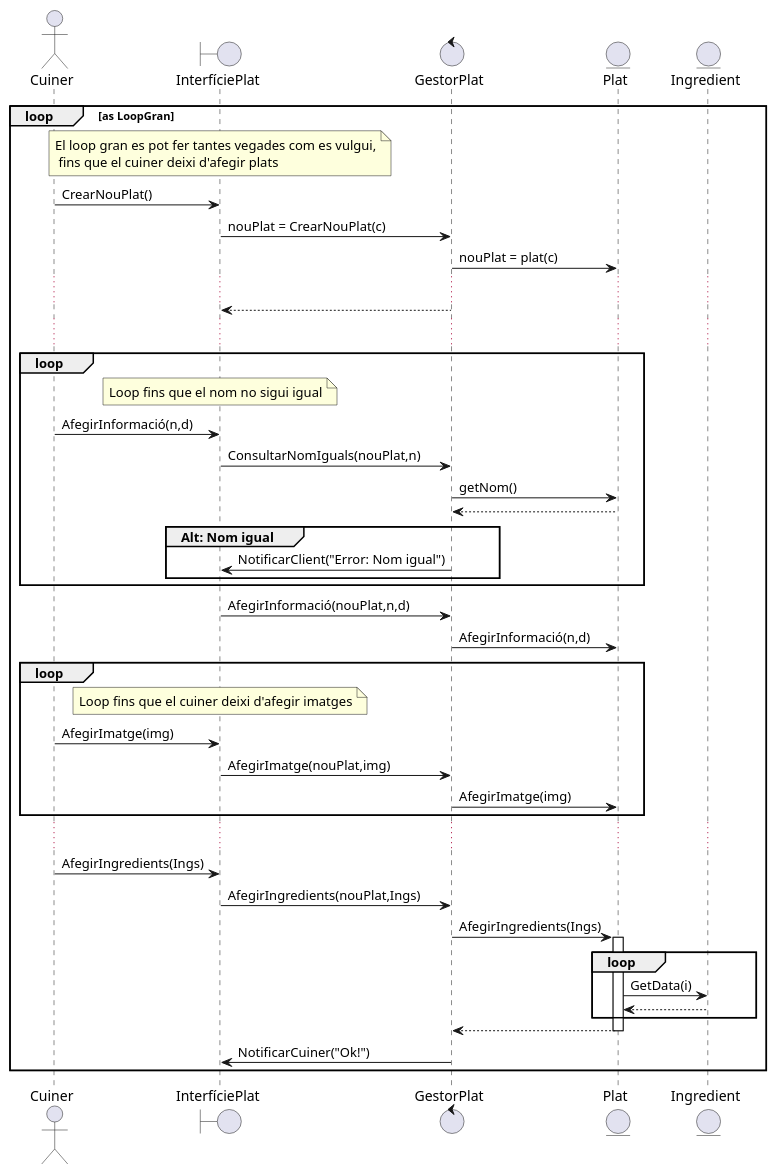
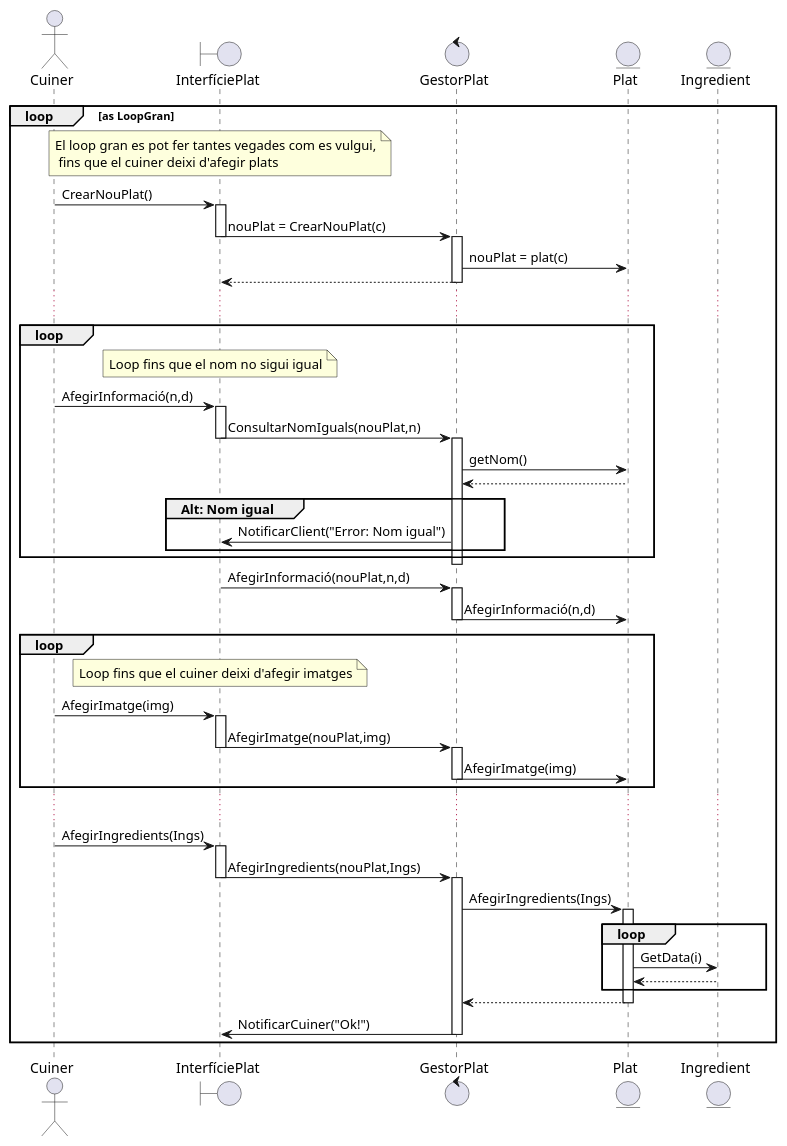
The diagram in documents/Diagrames i Especificacions/Seqüencia/Hiro! ^3^/1. Oferir Conjunt de Plats.puml (martipages/ES23UAB431-02), drawn with PlantUML before and after one commit. The commit also changed 3 other files, not shown here.

```diff
--- a/documents/Diagrames i Especificacions/Seqüencia/Hiro! ^3^/1. Oferir Conjunt de Plats.puml
+++ b/documents/Diagrames i Especificacions/Seqüencia/Hiro! ^3^/1. Oferir Conjunt de Plats.puml
@@ -1,50 +1,51 @@
 @startuml
-
 actor Cuiner
 boundary InterfíciePlat
 control GestorPlat
 entity Plat
 entity Ingredient
 
 loop as LoopGran
 
 note over InterfíciePlat: El loop gran es pot fer tantes vegades com es vulgui,\n fins que el cuiner deixi d'afegir plats
-Cuiner -> InterfíciePlat : CrearNouPlat()
-InterfíciePlat -> GestorPlat: nouPlat = CrearNouPlat(c)
+Cuiner -> InterfíciePlat++: CrearNouPlat()
+InterfíciePlat -> GestorPlat--++: nouPlat = CrearNouPlat(c)
 GestorPlat -> Plat: nouPlat = plat(c)
-...
-GestorPlat --> InterfíciePlat
+GestorPlat --> InterfíciePlat--
 ...
 loop
 note over InterfíciePlat: Loop fins que el nom no sigui igual
-Cuiner -> InterfíciePlat: AfegirInformació(n,d)
-InterfíciePlat -> GestorPlat: ConsultarNomIguals(nouPlat,n)
+Cuiner -> InterfíciePlat++: AfegirInformació(n,d)
+InterfíciePlat -> GestorPlat--++: ConsultarNomIguals(nouPlat,n)
 GestorPlat -> Plat: getNom()
 Plat-->GestorPlat
 group Alt: Nom igual
 GestorPlat->InterfíciePlat: NotificarClient("Error: Nom igual")
 end
 end
-InterfíciePlat -> GestorPlat: AfegirInformació(nouPlat,n,d)
+GestorPlat--
+
+InterfíciePlat -> GestorPlat--++: AfegirInformació(nouPlat,n,d)
 GestorPlat -> Plat: AfegirInformació(n,d)
+GestorPlat--
 
 loop
 note over InterfíciePlat: Loop fins que el cuiner deixi d'afegir imatges
-Cuiner -> InterfíciePlat: AfegirImatge(img)
-InterfíciePlat -> GestorPlat: AfegirImatge(nouPlat,img)
+Cuiner -> InterfíciePlat++: AfegirImatge(img)
+InterfíciePlat -> GestorPlat--++: AfegirImatge(nouPlat,img)
 GestorPlat -> Plat: AfegirImatge(img)
+GestorPlat--
 end
 
 ...
-Cuiner -> InterfíciePlat: AfegirIngredients(Ings)
-InterfíciePlat -> GestorPlat: AfegirIngredients(nouPlat,Ings)
+Cuiner -> InterfíciePlat++: AfegirIngredients(Ings)
+InterfíciePlat -> GestorPlat--++: AfegirIngredients(nouPlat,Ings)
 GestorPlat->Plat++: AfegirIngredients(Ings)
  loop
    Plat->Ingredient: GetData(i)
    Ingredient-->Plat
  end
  Plat-->GestorPlat--
- GestorPlat->InterfíciePlat: NotificarCuiner("Ok!")
+ GestorPlat->InterfíciePlat--: NotificarCuiner("Ok!")
 end
-
 @enduml
```
